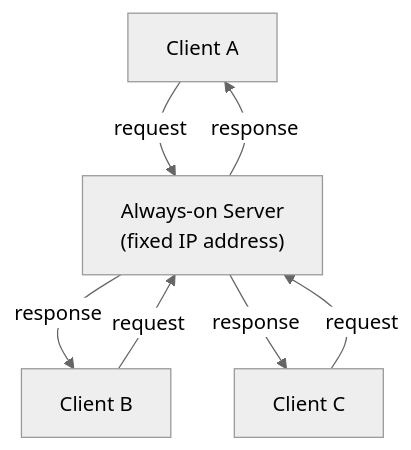
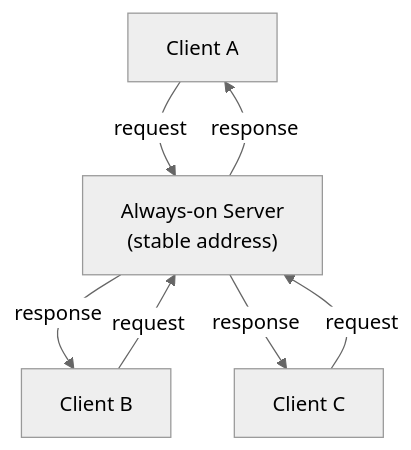
Before and after one commit to neerajaj96/Tarangam-app-v2: the first of 7 diagrams in content/PCCST501/m1_03_application_layer_paradigms.md, drawn with Mermaid (neutral theme). The commit also changed other lines of this file and 3 other files, not shown here.

````diff
--- a/content/PCCST501/m1_03_application_layer_paradigms.md
+++ b/content/PCCST501/m1_03_application_layer_paradigms.md
@@ -79,9 +107,11 @@
 ```mermaid
 flowchart TB
-    C1["Client A"] -->|request| S["Always-on Server<br/>(fixed IP address)"]
+    accTitle: Client-server architecture with one central server
+    accDescr: Three clients send requests to one always-on server, which returns each response.
+    C1["Client A"] -->|request| S["Always-on Server<br/>(stable address)"]
     C2["Client B"] -->|request| S
     C3["Client C"] -->|request| S
     S -->|response| C1
     S -->|response| C2
     S -->|response| C3
 ```
````
